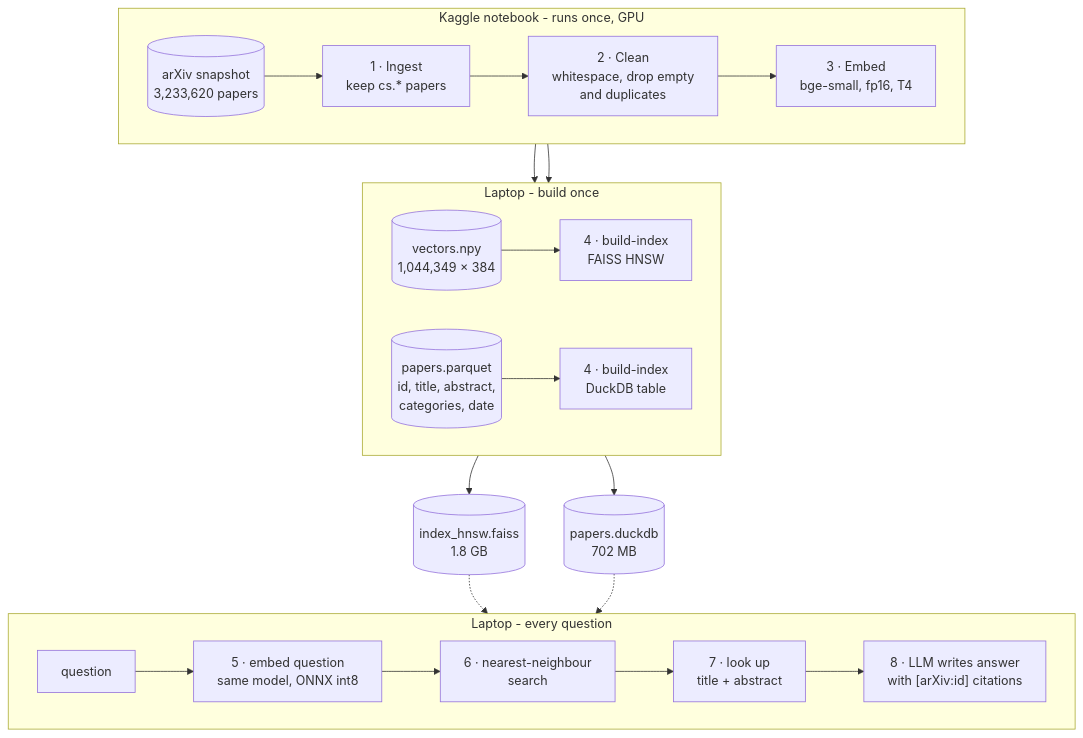
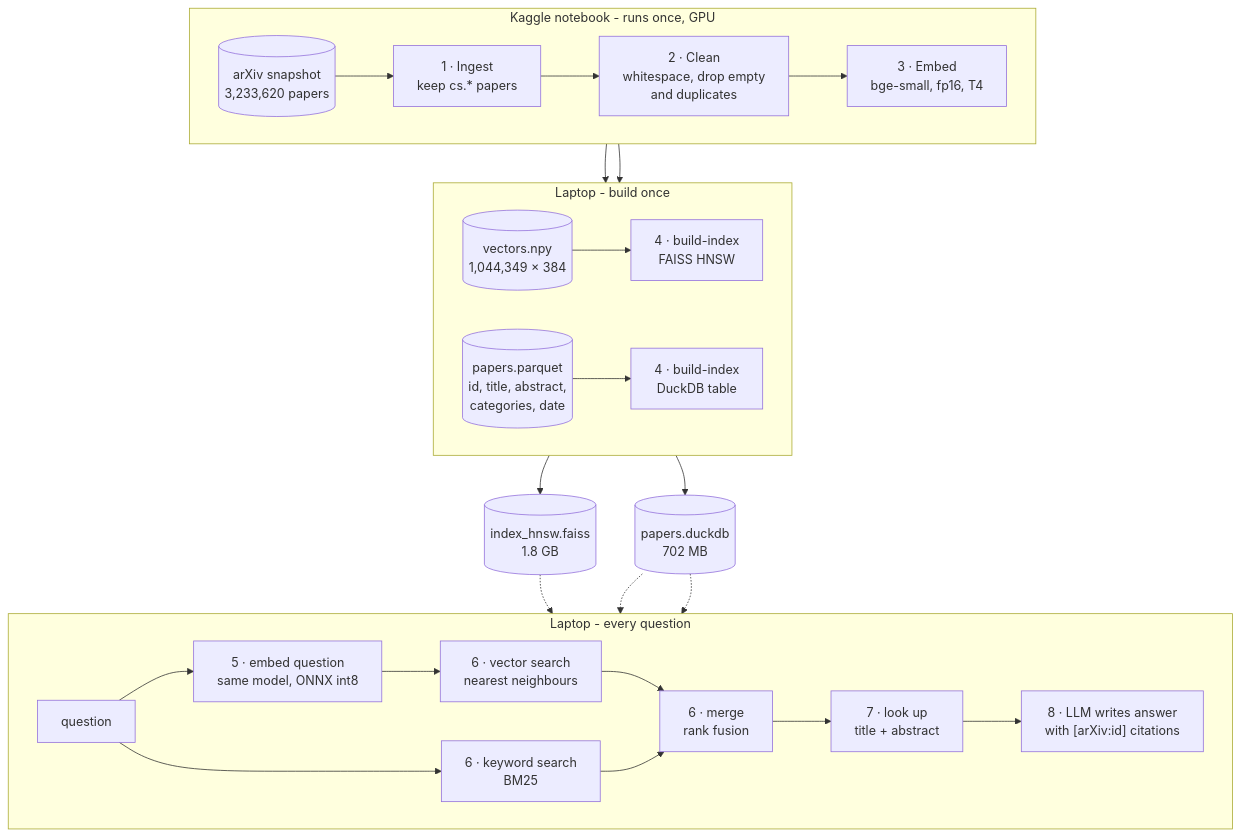
The diagram in docs/architecture.md (hiruneshan/papertrails), drawn with Mermaid before and after one commit. The commit also changed other lines of this file and 14 other files, not shown here.

````diff
--- a/docs/architecture.md
+++ b/docs/architecture.md
@@ -10,32 +10,36 @@
 ```mermaid
 flowchart TB
   subgraph KAGGLE["Kaggle notebook - runs once, GPU"]
     direction LR
     RAW[("arXiv snapshot<br/>3,233,620 papers")] --> ING["1 · Ingest<br/>keep cs.* papers"]
     ING --> CLN["2 · Clean<br/>whitespace, drop empty<br/>and duplicates"]
     CLN --> EMB["3 · Embed<br/>bge-small, fp16, T4"]
   end
 
   EMB --> VEC[("vectors.npy<br/>1,044,349 × 384")]
   CLN --> PAP[("papers.parquet<br/>id, title, abstract,<br/>categories, date")]
 
   subgraph LAPTOP["Laptop - build once"]
     direction LR
     VEC --> IDX["4 · build-index<br/>FAISS HNSW"]
     PAP --> DBB["4 · build-index<br/>DuckDB table"]
   end
 
   IDX --> FAISS[("index_hnsw.faiss<br/>1.8 GB")]
   DBB --> DUCK[("papers.duckdb<br/>702 MB")]
 
   subgraph QUERY["Laptop - every question"]
     direction LR
     Q["question"] --> QE["5 · embed question<br/>same model, ONNX int8"]
-    QE --> SR["6 · nearest-neighbour<br/>search"]
-    SR --> LK["7 · look up<br/>title + abstract"]
+    QE --> SR["6 · vector search<br/>nearest neighbours"]
+    Q --> KS["6 · keyword search<br/>BM25"]
+    SR --> FU["6 · merge<br/>rank fusion"]
+    KS --> FU
+    FU --> LK["7 · look up<br/>title + abstract"]
     LK --> LLM["8 · LLM writes answer<br/>with [arXiv:id] citations"]
   end
 
   FAISS -.-> SR
+  DUCK -.-> KS
   DUCK -.-> LK
 ```
````
